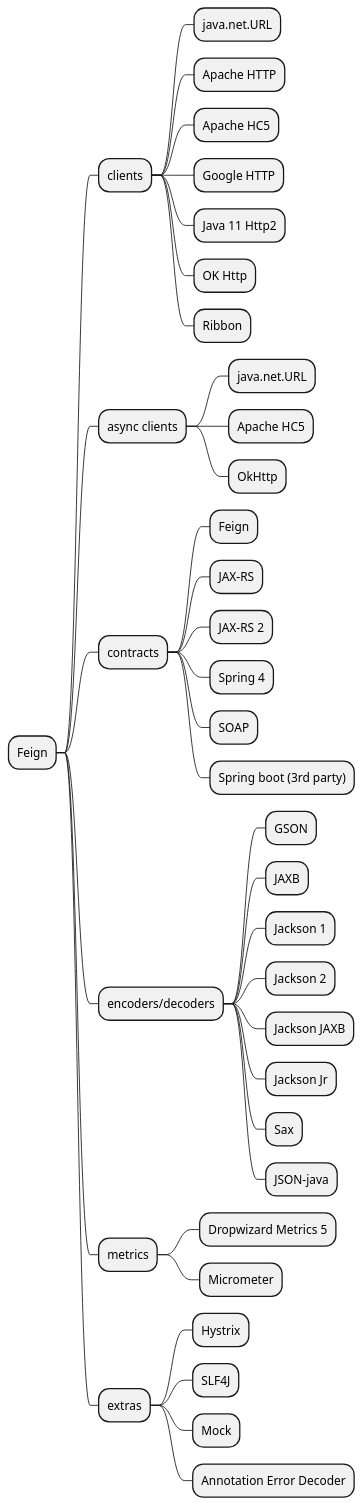
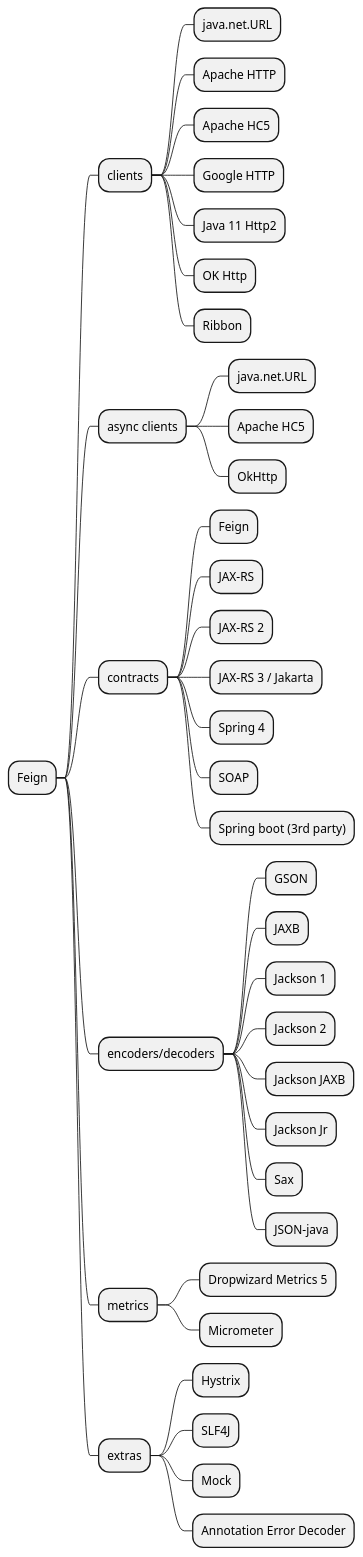
The diagram in src/docs/overview-mindmap.iuml (OpenFeign/feign), drawn with PlantUML before and after one commit.

Commit message:
Add jakarta to overview map

```diff
--- a/src/docs/overview-mindmap.iuml
+++ b/src/docs/overview-mindmap.iuml
@@ -1,39 +1,40 @@
 @startmindmap
 * Feign
 ** clients
 *** java.net.URL
 *** Apache HTTP
 *** Apache HC5
 *** Google HTTP
 *** Java 11 Http2
 *** OK Http
 *** Ribbon
 ** async clients
 *** java.net.URL
 *** Apache HC5
 *** OkHttp
 ** contracts
 *** Feign
 *** JAX-RS
 *** JAX-RS 2
+*** JAX-RS 3 / Jakarta
 *** Spring 4
 *** SOAP
 *** Spring boot (3rd party)
 ** encoders/decoders
 *** GSON
 *** JAXB
 *** Jackson 1
 *** Jackson 2
 *** Jackson JAXB
 *** Jackson Jr
 *** Sax
 *** JSON-java
 ** metrics
 *** Dropwizard Metrics 5
 *** Micrometer
 ** extras
 *** Hystrix
 *** SLF4J
 *** Mock
 *** Annotation Error Decoder
 @endmindmap
```
